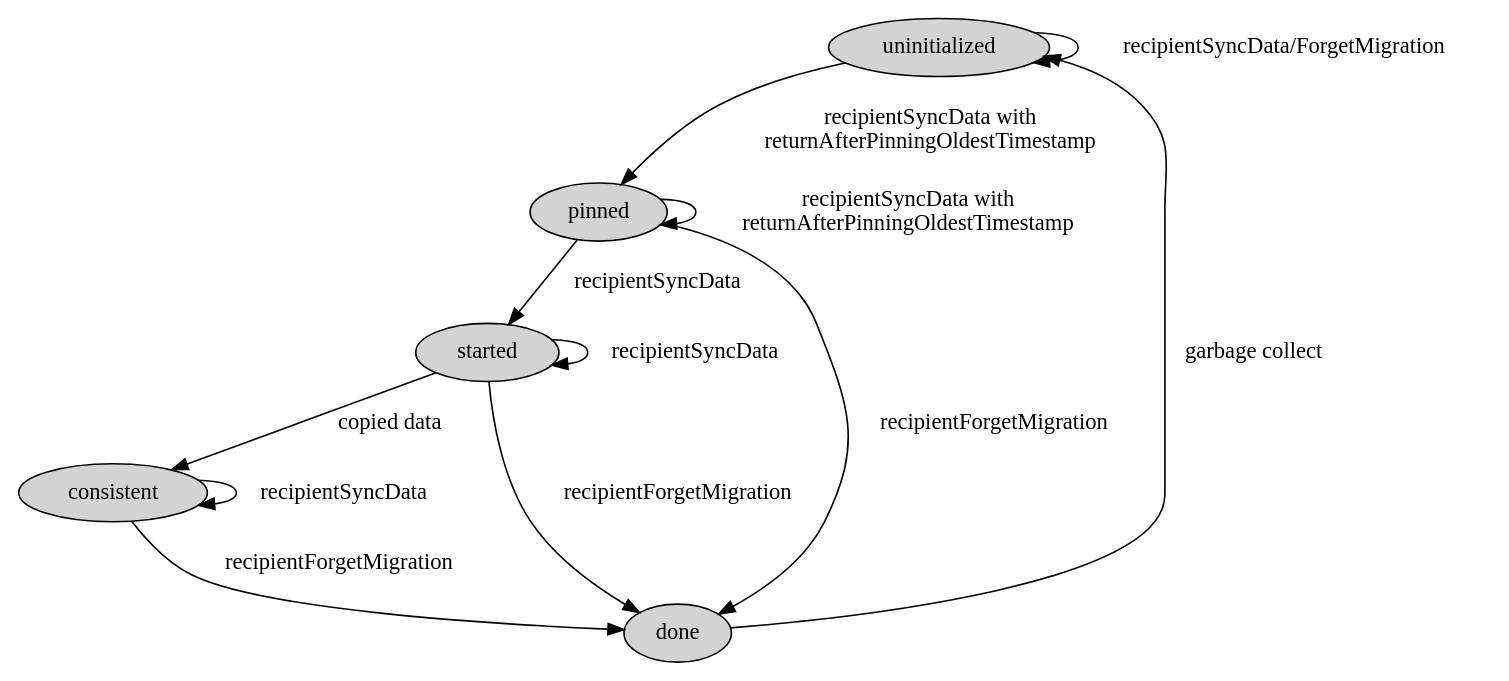
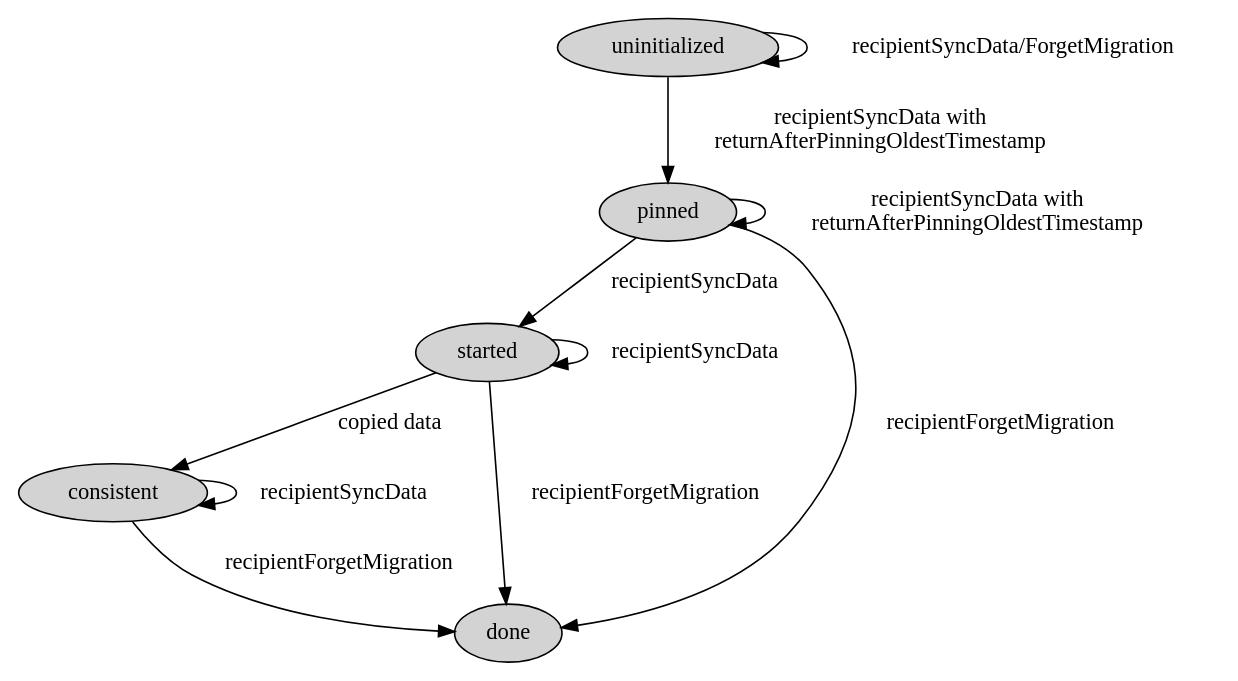
The diagram in merge-recipient.dot (ajdavis/begin-implementing-merge), drawn with Graphviz before and after one commit.

Commit message:
del edge from R done to uninitialized

```diff
--- a/merge-recipient.dot
+++ b/merge-recipient.dot
@@ -1,19 +1,18 @@
 digraph G {
 	node [style=filled];
     b0 [label="uninitialized"];
     b5 [label="pinned"];
     b1 [label="started"];
     b2 [label="consistent"];
     b4 [label="done"];
     b0 -> b0 [label="recipientSyncData/ForgetMigration"];
     b0 -> b5 [label="recipientSyncData with\nreturnAfterPinningOldestTimestamp"];
     b5 -> b1 [label="recipientSyncData"];
     b5 -> b4 [label="recipientForgetMigration"];
     b5 -> b5 [label="recipientSyncData with\nreturnAfterPinningOldestTimestamp"];
     b1 -> b2 [label="copied data"];
     b1 -> b1 [label="recipientSyncData"];
     b1 -> b4 [label="recipientForgetMigration"];
     b2 -> b2 [label="recipientSyncData"];
     b2 -> b4 [label="recipientForgetMigration"];
-    b4 -> b0 [label="garbage collect"];
 }
```
